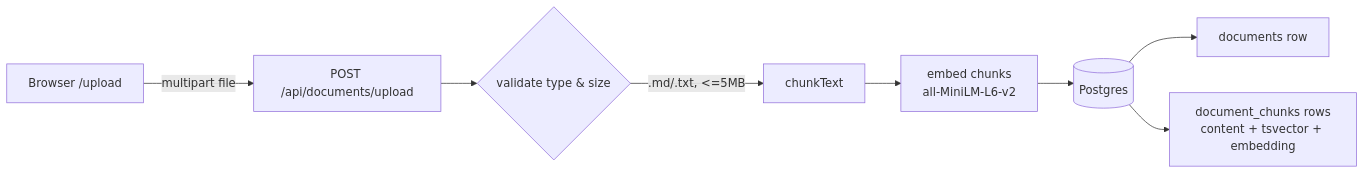
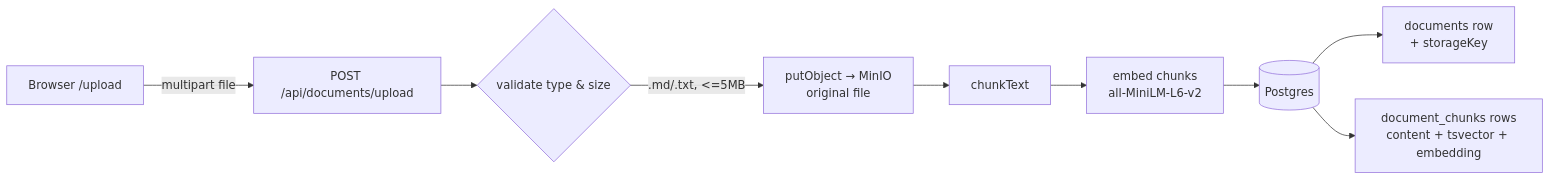
One commit to JCHETAN26/IndexFlow changed the first of 2 diagrams in README.md. Above: the diagram before and after it, drawn with Mermaid. The commit also changed other lines of this file and 11 other files, not shown here.

First line of the commit message:
feat: Step 6a — store original files in MinIO (#7)

````diff
--- a/README.md
+++ b/README.md
@@ -87,10 +88,11 @@
 ```mermaid
 flowchart LR
     A[Browser /upload] -->|multipart file| B[POST /api/documents/upload]
     B --> C{validate type & size}
-    C -->|.md/.txt, <=5MB| D[chunkText]
+    C -->|.md/.txt, <=5MB| M[putObject → MinIO<br/>original file]
+    M --> D[chunkText]
     D --> E[embed chunks<br/>all-MiniLM-L6-v2]
     E --> F[(Postgres)]
-    F --> G[documents row]
+    F --> G[documents row<br/>+ storageKey]
     F --> H[document_chunks rows<br/>content + tsvector + embedding]
 ```
````
